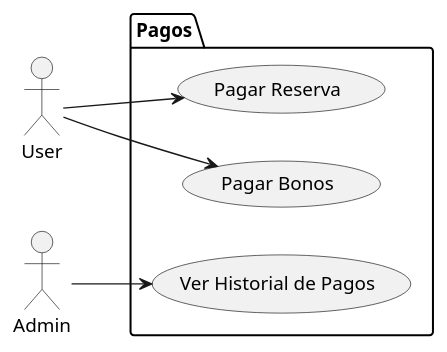
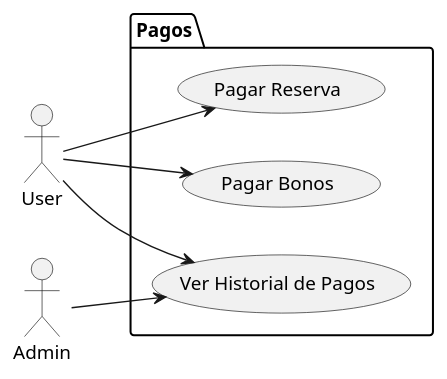
Before and after one commit to pablarce/23-24-IdSw1-SDR: the diagram in CasosDeUso/CasosDeUso/Pagos.puml, drawn with PlantUML. The commit also changed 1 other file, not shown here.

```diff
--- a/CasosDeUso/CasosDeUso/Pagos.puml
+++ b/CasosDeUso/CasosDeUso/Pagos.puml
@@ -1,21 +1,22 @@
 @startuml
 
 left to right direction
 
 actor User as U
 actor Admin as A
 
 package Pagos{
 
     usecase "Pagar Reserva" as UC1
     usecase "Pagar Bonos" as UC2
     usecase "Ver Historial de Pagos" as UC3
 
 }
 
 U --> UC1
 U --> UC2
+U --> UC3
 
 A --> UC3
 
 @enduml
```
